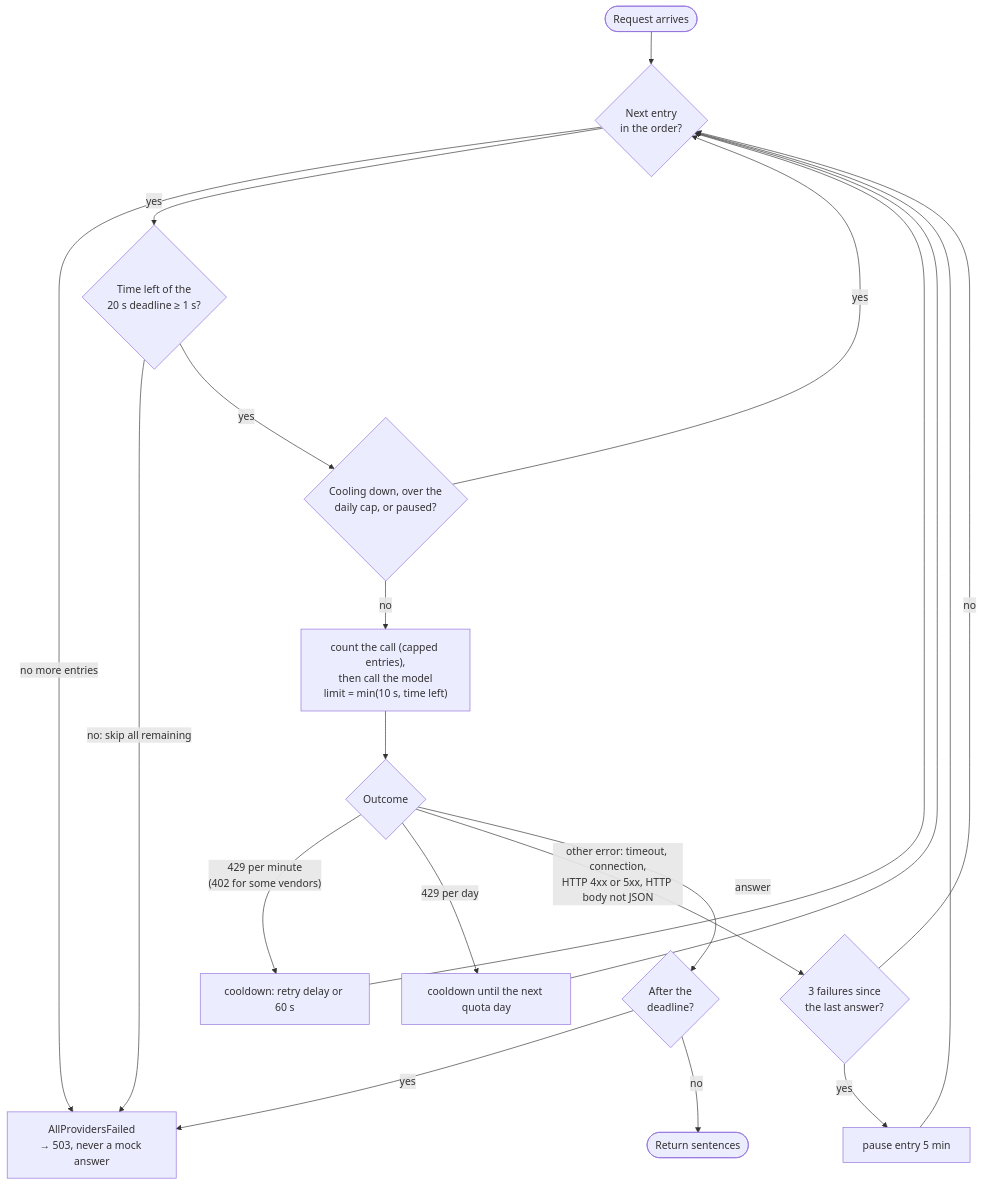
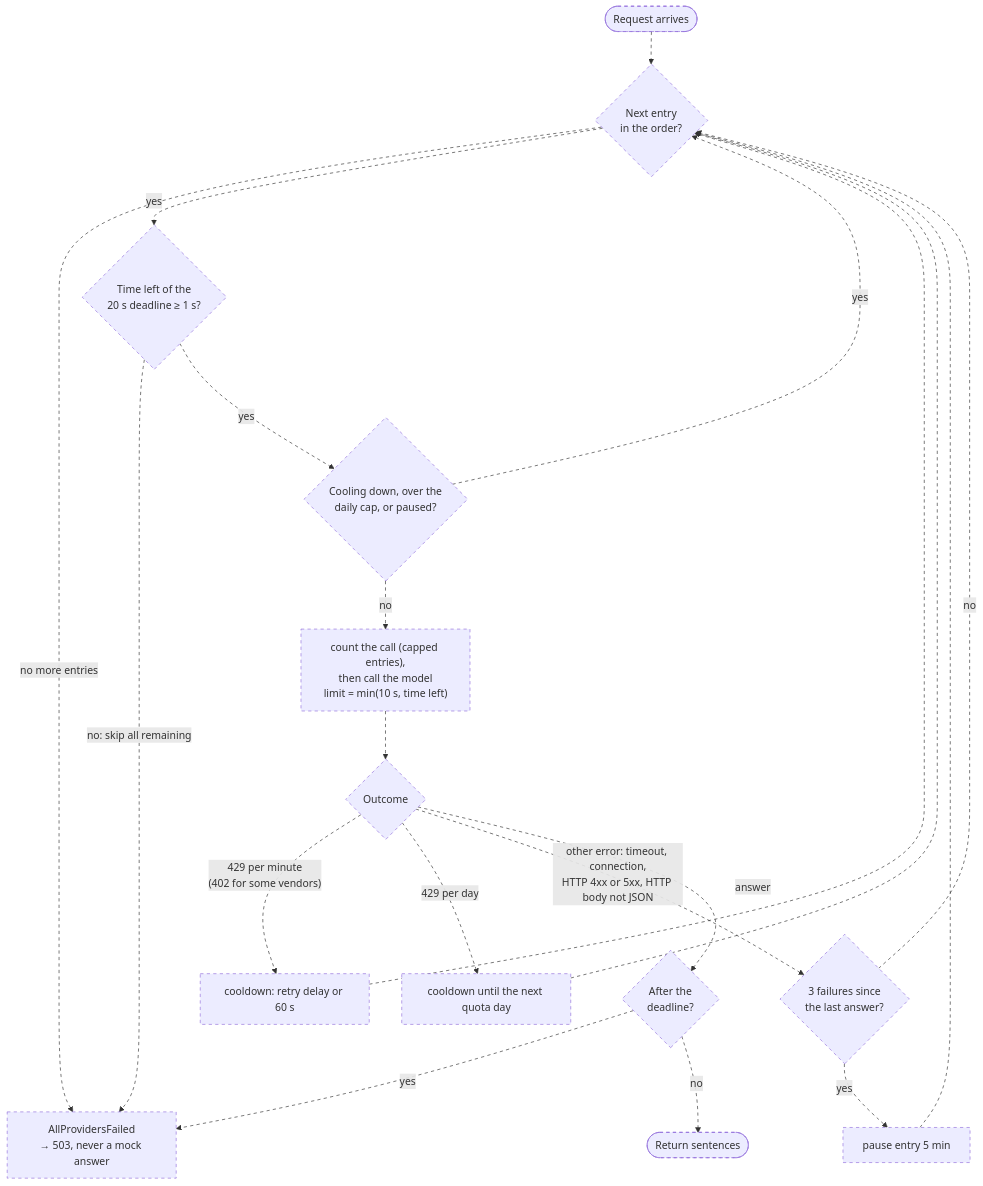
Diagram 14 of 27 in docs/design/SAD_v1.0.md (bhsei/26B), drawn with Mermaid before and after one commit. The commit also changed other lines of this file, not shown here.

Commit message:
W11 - SAD v1.0; evaluation pass: statuses and limits made consistent in 3.1 and 3.2, figure and table references corrected after renumbering, dashed rule applied in Figures 14, 20 and 21, INC-46 corrected and INC-47 merged into INC-09, remaining process notes removed

````diff
--- a/docs/design/SAD_v1.0.md
+++ b/docs/design/SAD_v1.0.md
@@ -1099,19 +1099,22 @@
 ```mermaid
 flowchart TD
     START([Request arrives]) --> NEXT{"Next entry<br/>in the order?"}
     NEXT -- "no more entries" --> FAIL["AllProvidersFailed<br/>→ 503, never a mock answer"]
     NEXT -- "yes" --> LEFT{"Time left of the<br/>20 s deadline ≥ 1 s?"}
     LEFT -- "no: skip all remaining" --> FAIL
     LEFT -- "yes" --> RES{"Cooling down, over the<br/>daily cap, or paused?"}
     RES -- "yes" --> NEXT
     RES -- "no" --> CALL["count the call (capped entries),<br/>then call the model<br/>limit = min(10 s, time left)"]
     CALL --> OUT{"Outcome"}
     OUT -- "429 per minute<br/>(402 for some vendors)" --> CDM["cooldown: retry delay or 60 s"] --> NEXT
     OUT -- "429 per day" --> CDD["cooldown until the next quota day"] --> NEXT
     OUT -- "other error: timeout, connection,<br/>HTTP 4xx or 5xx, HTTP body not JSON" --> FCNT{"3 failures since<br/>the last answer?"}
     FCNT -- "yes" --> PAUSE["pause entry 5 min"] --> NEXT
     FCNT -- "no" --> NEXT
     OUT -- "answer" --> LATE{"After the<br/>deadline?"}
     LATE -- "yes" --> FAIL
     LATE -- "no" --> DONE([Return sentences])
+    classDef proto stroke-dasharray: 5 5
+    class START,NEXT,FAIL,LEFT,RES,CALL,OUT,CDM,CDD,FCNT,PAUSE,LATE,DONE proto
+    linkStyle default stroke-dasharray: 5 5
 ```
````
